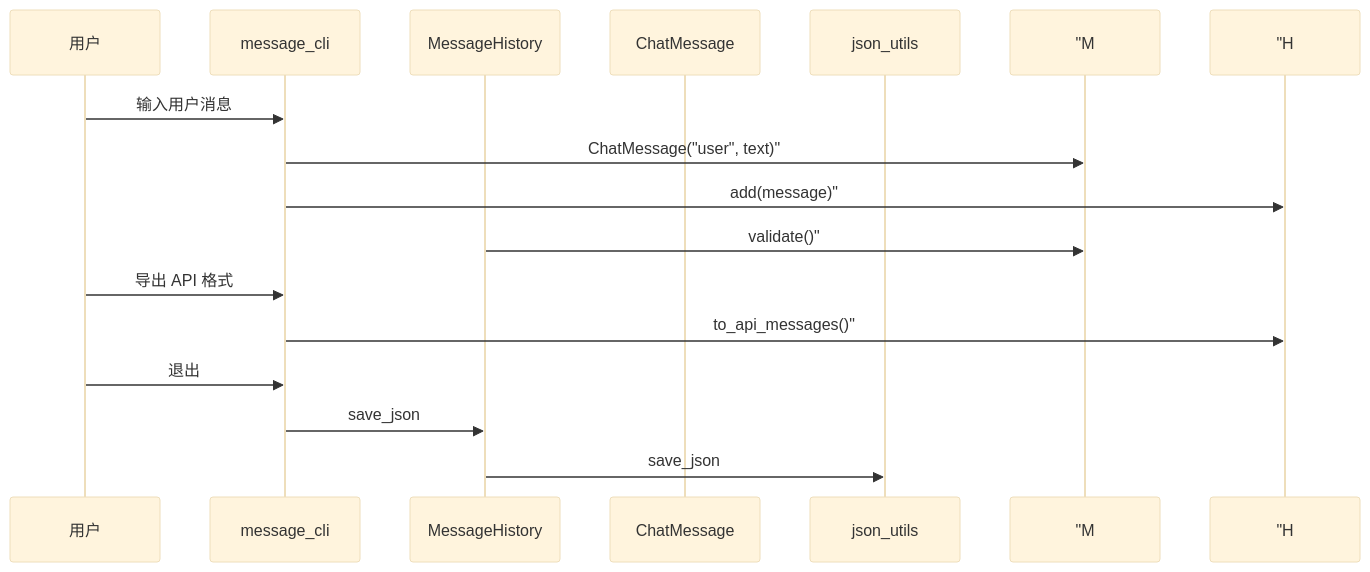
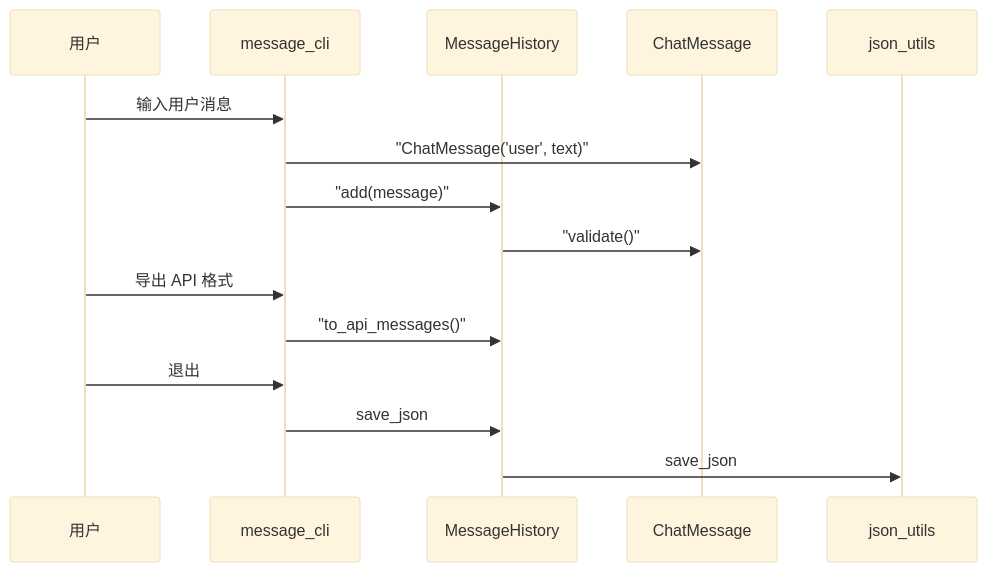
Before and after one commit to ab6539763/70_days_course_plus: the diagram in course/day08/03_架构设计.md, drawn with Mermaid (base theme). The commit also changed 80 other files, not shown here.

First line of the commit message:
fix(course): 修复 Mermaid 图表渲染报错 + 同步嵌入代码快照

````diff
--- a/course/day08/03_架构设计.md
+++ b/course/day08/03_架构设计.md
@@ -22,18 +22,18 @@
 ```mermaid
 sequenceDiagram
     participant U as 用户
     participant CLI as message_cli
     participant H as MessageHistory
     participant M as ChatMessage
     participant J as json_utils
 
     U->>CLI: 输入用户消息
-    CLI->> "M: ChatMessage("user", text)"
-    CLI->> "H: add(message)"
-    H->> "M: validate()"
+    CLI->>M: "ChatMessage('user', text)"
+    CLI->>H: "add(message)"
+    H->>M: "validate()"
     U->>CLI: 导出 API 格式
-    CLI->> "H: to_api_messages()"
+    CLI->>H: "to_api_messages()"
     U->>CLI: 退出
     CLI->>H: save_json
     H->>J: save_json
 ```
````
